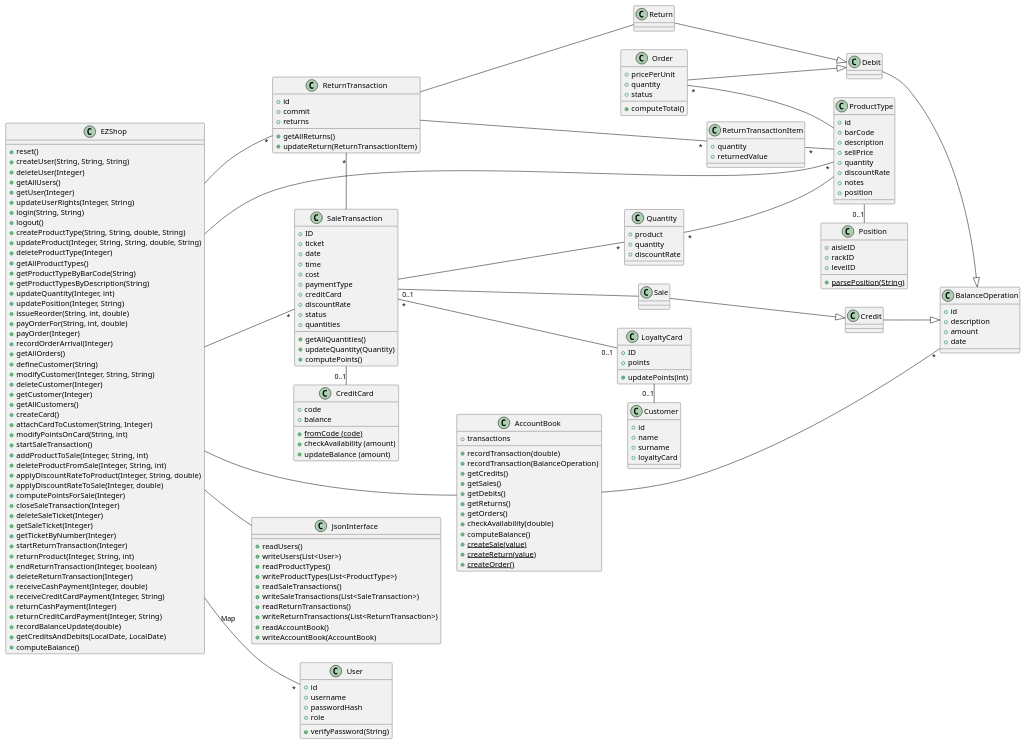
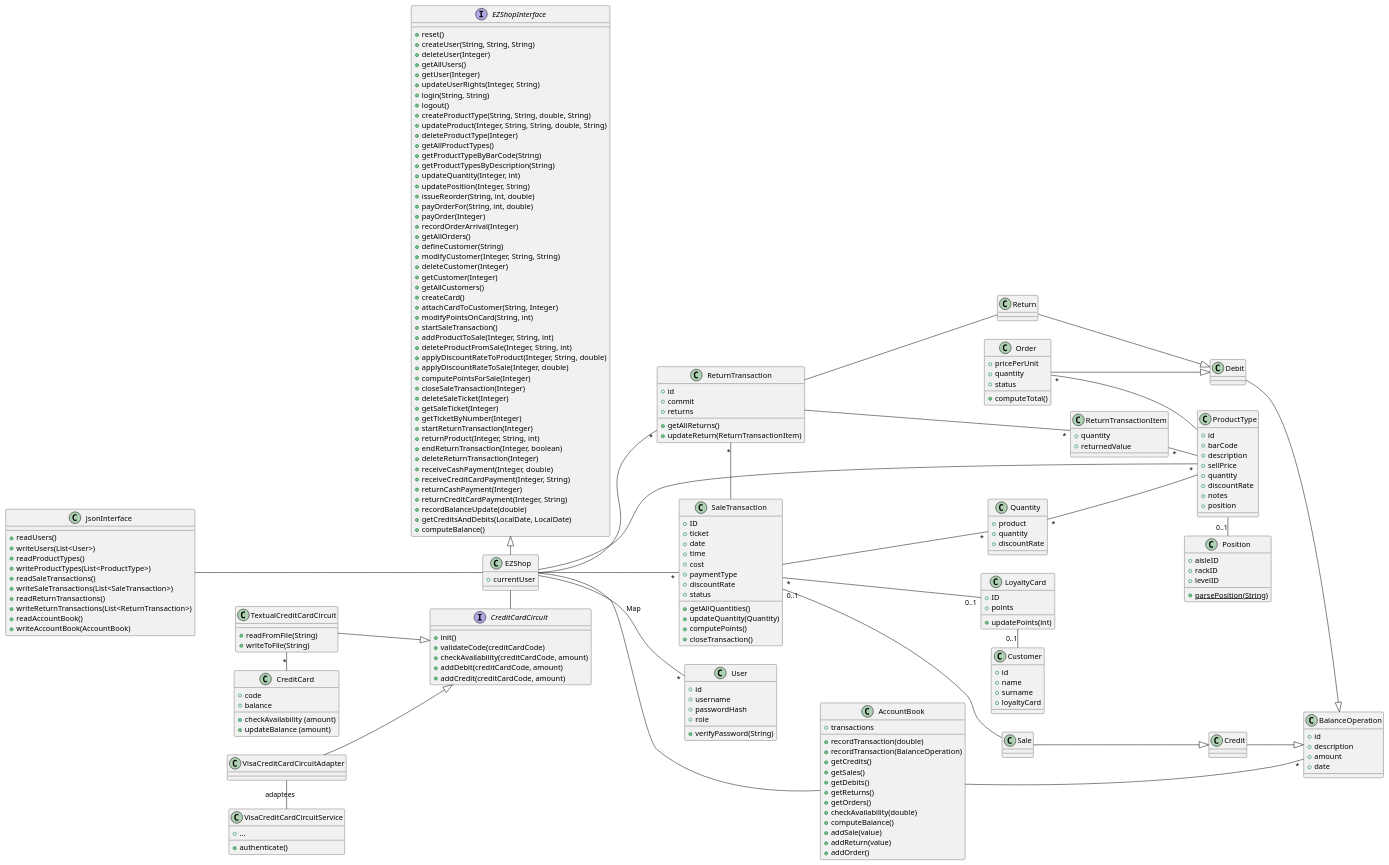
One commit to polito-se2-21-r03/se1-ezshop changed the second of 8 diagrams in Deliverables/DesignDocument.md. Above: the diagram before and after it, drawn with PlantUML. The commit also changed other lines of this file, not shown here.

Commit message:
Updates to the low level design

````diff
--- a/Deliverables/DesignDocument.md
+++ b/Deliverables/DesignDocument.md
@@ -47,7 +47,7 @@
 ```plantuml
 left to right direction
 
-class "EZShop" {
+interface "EZShopInterface" {
     + reset()
     + createUser(String, String, String)
     + deleteUser(Integer)
@@ -100,6 +100,12 @@
     + computeBalance()
 }
 
+class EZShop {
+    + currentUser
+}
+
+EZShopInterface <|- EZShop
+
 class JsonInterface {
     + readUsers()
     + writeUsers(List<User>)
@@ -113,7 +119,7 @@
     + writeAccountBook(AccountBook)
 }
 
-EZShop -- JsonInterface
+JsonInterface ---down- EZShop
 
 EZShop -- "*" User : "Map"
 EZShop -- AccountBook
@@ -182,13 +188,12 @@
     + time
     + cost
     + paymentType /' cash or cc '/
-    + creditCard
     + discountRate
     + status /' open/close '/
-    + quantities /' Set<Quantity> '/
     + getAllQuantities() /' Set<Quantity> '/
     + updateQuantity(Quantity)
     + computePoints()
+    + closeTransaction()
 }
 
 class Quantity {
@@ -222,21 +227,13 @@
 ReturnTransaction "*" - SaleTransaction
 ReturnTransactionItem "*" - ProductType
 
-class CreditCard {
-    + code
-    + balance
-    + {static} fromCode (code)
-    + checkAvailability (amount)
-    + updateBalance (amount)
-}
-
 /'
 CreditCard cc = CreditCard.fromCode("xxx");
 if (cc != null) {
     // credit card is valid
 }'/
 
-SaleTransaction - "0..1" CreditCard
+/' SaleTransaction - "0..1" CreditCard '/
 
 
 class AccountBook {
@@ -250,9 +247,9 @@
     + getOrders()
     + checkAvailability(double)
     + computeBalance()
-    + {static} createSale(value)
-    + {static} createReturn(value)
-    + {static} createOrder()
+    + addSale(value)
+    + addReturn(value)
+    + addOrder()
 }
 
 class BalanceOperation {
@@ -281,5 +278,41 @@
 SaleTransaction "0..1" --  Sale
 ReturnTransaction -- Return
 
+interface CreditCardCircuit {
+    + init()
+    + validateCode(creditCardCode)
+    + checkAvailability(creditCardCode, amount)
+    + addDebit(creditCardCode, amount)
+    + addCredit(creditCardCode, amount)
+}
+
+EZShop - CreditCardCircuit
+
+class TextualCreditCardCircuit {
+    + readFromFile(String)
+    + writeToFile(String)
+}
+
+class CreditCard {
+    + code
+    + balance
+    + checkAvailability (amount)
+    + updateBalance (amount)
+}
+
+CreditCard "*" --left- TextualCreditCardCircuit
+
+class VisaCreditCardCircuitAdapter {}
+
+TextualCreditCardCircuit --down-|> CreditCardCircuit
+VisaCreditCardCircuitAdapter --down-|> CreditCardCircuit
+
+class VisaCreditCardCircuitService {
+    + authenticate()
+    + ...
+}
+
+VisaCreditCardCircuitAdapter - VisaCreditCardCircuitService : "adaptees"
+
 
 ```
````
